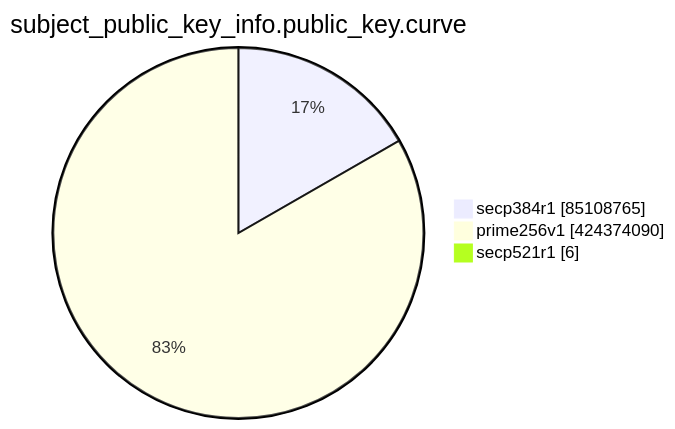
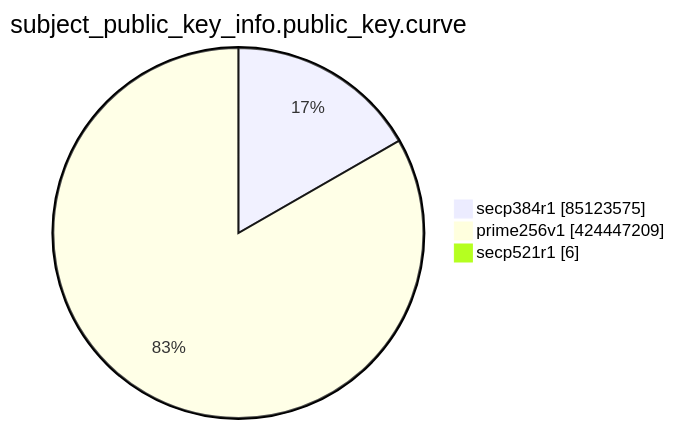
The eighth of 15 diagrams in TOTAL/README.md (christiankrug/ctmonitor_visualization), drawn with Mermaid before and after one commit. The commit also changed other lines of this file, not shown here.

````diff
--- a/TOTAL/README.md
+++ b/TOTAL/README.md
@@ -3100,7 +3100,7 @@
 ```mermaid
 pie showData
 title subject_public_key_info.public_key.curve
-"secp384r1" :85108765
-"prime256v1" :424374090
+"secp384r1" :85123575
+"prime256v1" :424447209
 "secp521r1" :6
 ```
````
